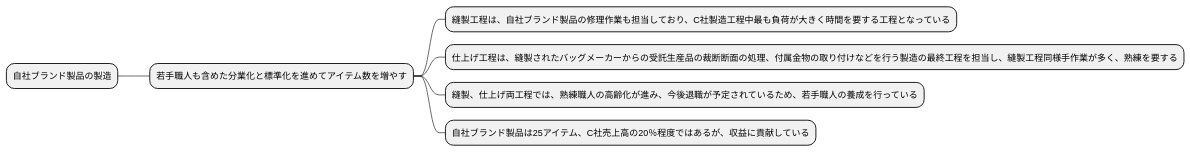
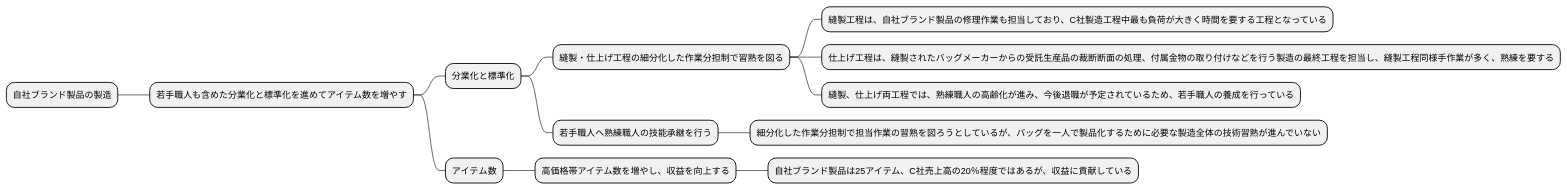
The tenth of 10 diagrams in docs/R03/study/study_3_take01.md (k2works/requirements_definition_excercise), drawn with PlantUML before and after one commit. The commit also changed other lines of this file, not shown here.

````diff
--- a/docs/R03/study/study_3_take01.md
+++ b/docs/R03/study/study_3_take01.md
@@ -324,13 +332,19 @@
 ```plantuml
 @startmindmap
 
 * 自社ブランド製品の製造
 ** 若手職人も含めた分業化と標準化を進めてアイテム数を増やす
-*** 縫製工程は、自社ブランド製品の修理作業も担当しており、C社製造工程中最も負荷が大きく時間を要する工程となっている
-*** 仕上げ工程は、縫製されたバッグメーカーからの受託生産品の裁断断面の処理、付属金物の取り付けなどを行う製造の最終工程を担当し、縫製工程同様手作業が多く、熟練を要する
-*** 縫製、仕上げ両工程では、熟練職人の高齢化が進み、今後退職が予定されているため、若手職人の養成を行っている
-*** 自社ブランド製品は25アイテム、C社売上高の20％程度ではあるが、収益に貢献している
+*** 分業化と標準化
+**** 縫製・仕上げ工程の細分化した作業分担制で習熟を図る
+***** 縫製工程は、自社ブランド製品の修理作業も担当しており、C社製造工程中最も負荷が大きく時間を要する工程となっている
+***** 仕上げ工程は、縫製されたバッグメーカーからの受託生産品の裁断断面の処理、付属金物の取り付けなどを行う製造の最終工程を担当し、縫製工程同様手作業が多く、熟練を要する
+***** 縫製、仕上げ両工程では、熟練職人の高齢化が進み、今後退職が予定されているため、若手職人の養成を行っている
+**** 若手職人へ熟練職人の技能承継を行う
+***** 細分化した作業分担制で担当作業の習熟を図ろうとしているが、バッグを一人で製品化するために必要な製造全体の技術習熟が進んでいない
+*** アイテム数
+**** 高価格帯アイテム数を増やし、収益を向上する
+***** 自社ブランド製品は25アイテム、C社売上高の20％程度ではあるが、収益に貢献している
 
 
 @endmindmap
 ```
````
